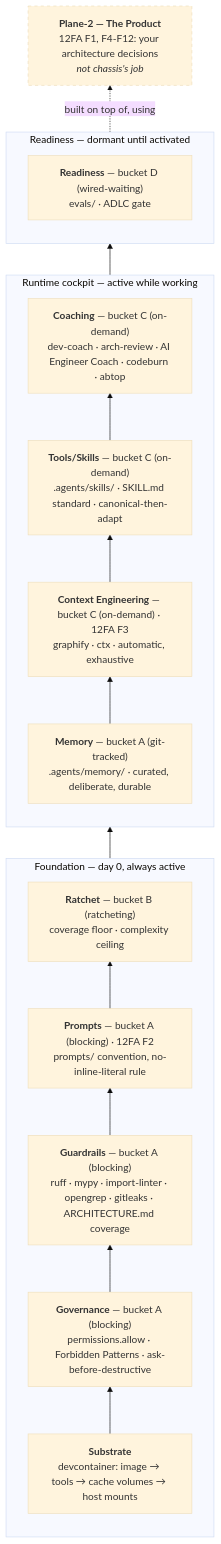
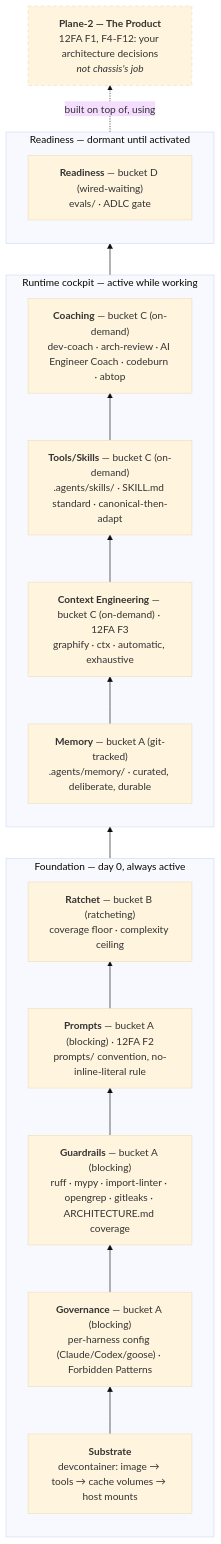
Before and after one commit to kaiverse-io/chassis: the diagram in docs/explanation/design.md, drawn with Mermaid (base theme). The commit also changed other lines of this file and 11 other files, not shown here.

````diff
--- a/docs/explanation/design.md
+++ b/docs/explanation/design.md
@@ -112,32 +112,32 @@
 ```mermaid
 flowchart BT
     subgraph Foundation["Foundation — day 0, always active"]
         direction BT
         Substrate["<b>Substrate</b><br/>devcontainer: image → tools → cache volumes → host mounts"]
-        Governance["<b>Governance</b> — bucket A (blocking)<br/>permissions.allow · Forbidden Patterns · ask-before-destructive"]
+        Governance["<b>Governance</b> — bucket A (blocking)<br/>per-harness config (Claude/Codex/goose) · Forbidden Patterns"]
         Guardrails["<b>Guardrails</b> — bucket A (blocking)<br/>ruff · mypy · import-linter · opengrep · gitleaks · ARCHITECTURE.md coverage"]
         Prompts["<b>Prompts</b> — bucket A (blocking) · 12FA F2<br/>prompts/ convention, no-inline-literal rule"]
         Ratchet["<b>Ratchet</b> — bucket B (ratcheting)<br/>coverage floor · complexity ceiling"]
         Substrate --> Governance --> Guardrails --> Prompts --> Ratchet
     end
 
     subgraph Cockpit["Runtime cockpit — active while working"]
         direction BT
         Memory["<b>Memory</b> — bucket A (git-tracked)<br/>.agents/memory/ · curated, deliberate, durable"]
         Context["<b>Context Engineering</b> — bucket C (on-demand) · 12FA F3<br/>graphify · ctx · automatic, exhaustive"]
         Tools["<b>Tools/Skills</b> — bucket C (on-demand)<br/>.agents/skills/ · SKILL.md standard · canonical-then-adapt"]
         Coaching["<b>Coaching</b> — bucket C (on-demand)<br/>dev-coach · arch-review · AI Engineer Coach · codeburn · abtop"]
         Memory --> Context --> Tools --> Coaching
     end
 
     subgraph Readiness["Readiness — dormant until activated"]
         ReadinessLayer["<b>Readiness</b> — bucket D (wired-waiting)<br/>evals/ · ADLC gate"]
     end
 
     Foundation --> Cockpit --> Readiness
 
     Product["<b>Plane-2 — The Product</b><br/>12FA F1, F4-F12: your architecture decisions<br/><i>not chassis's job</i>"]
     Readiness -.->|built on top of, using| Product
 
     style Product stroke-dasharray: 5 5
 ```
````
